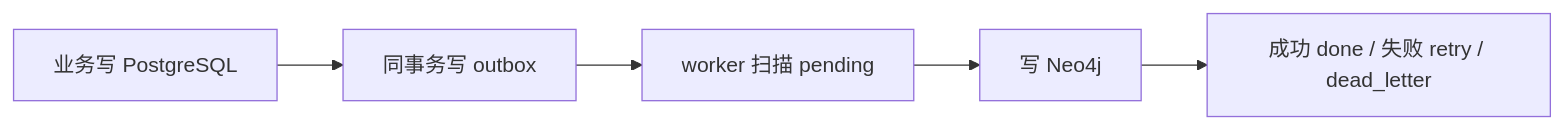
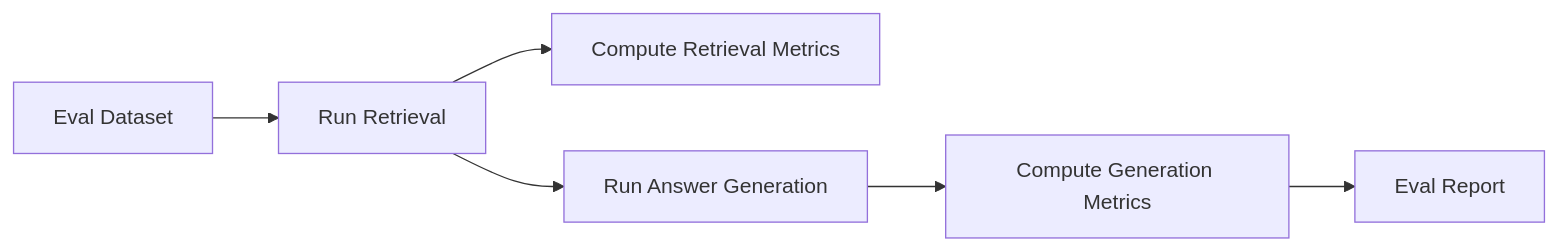
Before and after one commit to pretextQ/Reminder: diagram 11 of 23 in company_target/day1-day20-summary.md, drawn with Mermaid. The commit also changed other lines of this file and 4 other files, not shown here.

````diff
--- a/company_target/day1-day20-summary.md
+++ b/company_target/day1-day20-summary.md
@@ -333,7 +353,8 @@
 ```mermaid
 flowchart LR
-    A[业务写 PostgreSQL] --> B[同事务写 outbox]
-    B --> C[worker 扫描 pending]
-    C --> D[写 Neo4j]
-    D --> E[成功 done / 失败 retry / dead_letter]
+    A[Eval Dataset] --> B[Run Retrieval]
+    B --> C[Compute Retrieval Metrics]
+    B --> D[Run Answer Generation]
+    D --> E[Compute Generation Metrics]
+    E --> F[Eval Report]
 ```
````
